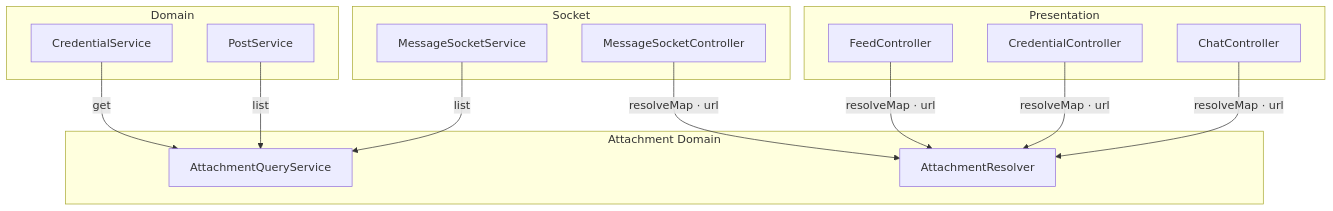
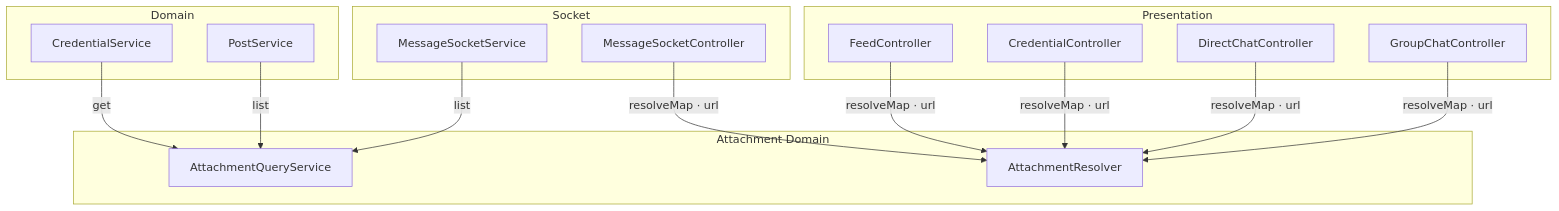
One commit to mortonCareer/bconnect changed the fifth of 6 diagrams in apps/api/docs/project-structure.md. Above: the diagram before and after it, drawn with Mermaid. The commit also changed other lines of this file and 14 other files, not shown here.

Commit message:
refactor(api): Chat 도메인명 Group Chat으로 변경

````diff
--- a/apps/api/docs/project-structure.md
+++ b/apps/api/docs/project-structure.md
@@ -131,28 +133,30 @@
 ```mermaid
 graph TD
   subgraph Presentation
-    ChatC[ChatController]
+    GChatC[GroupChatController]
+    DChatC[DirectChatController]
     CredC[CredentialController]
     FeedC[FeedController]
   end
   subgraph Domain
     PostS[PostService]
     CredS[CredentialService]
   end
   subgraph Socket
     MsgC[MessageSocketController]
     MsgS[MessageSocketService]
   end
   subgraph Attachment["Attachment Domain"]
     AttQ[AttachmentQueryService]
     AttR[AttachmentResolver]
   end
 
-  ChatC -->|resolveMap · url| AttR
+  GChatC -->|resolveMap · url| AttR
+  DChatC -->|resolveMap · url| AttR
   CredC -->|resolveMap · url| AttR
   FeedC -->|resolveMap · url| AttR
   MsgC -->|resolveMap · url| AttR
   MsgS -->|list| AttQ
   PostS -->|list| AttQ
   CredS -->|get| AttQ
 ```
````
